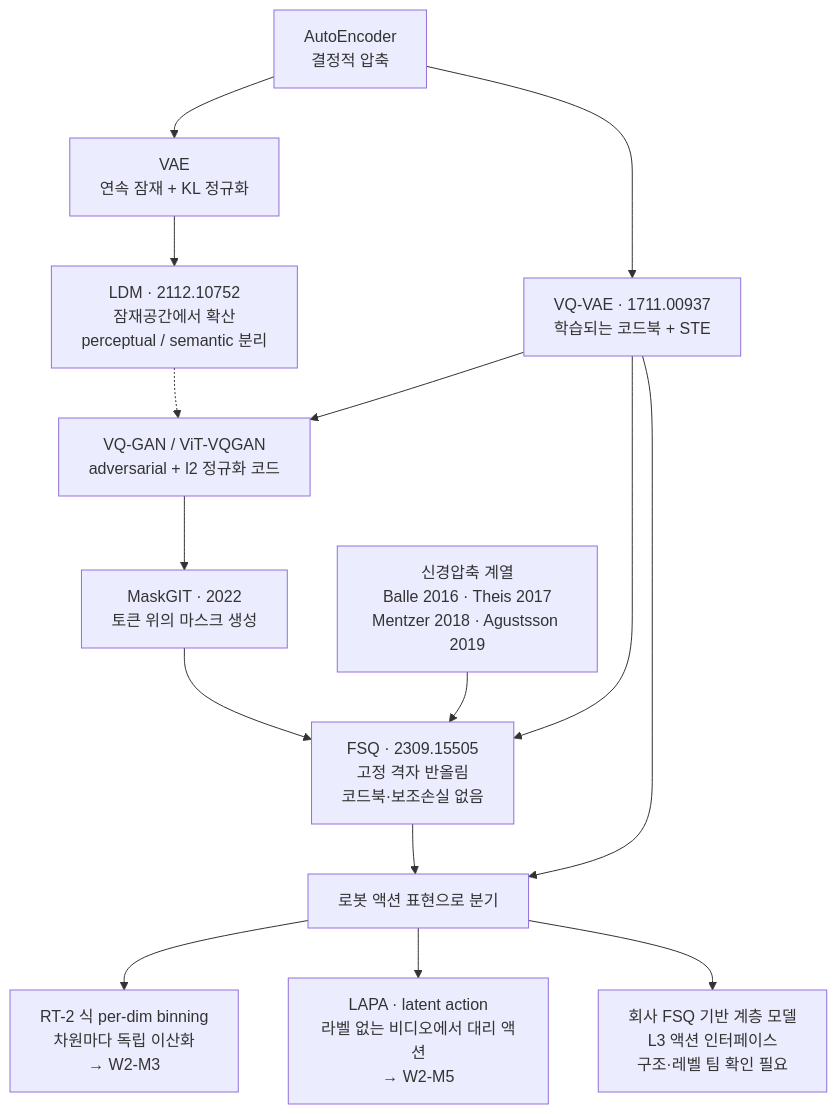
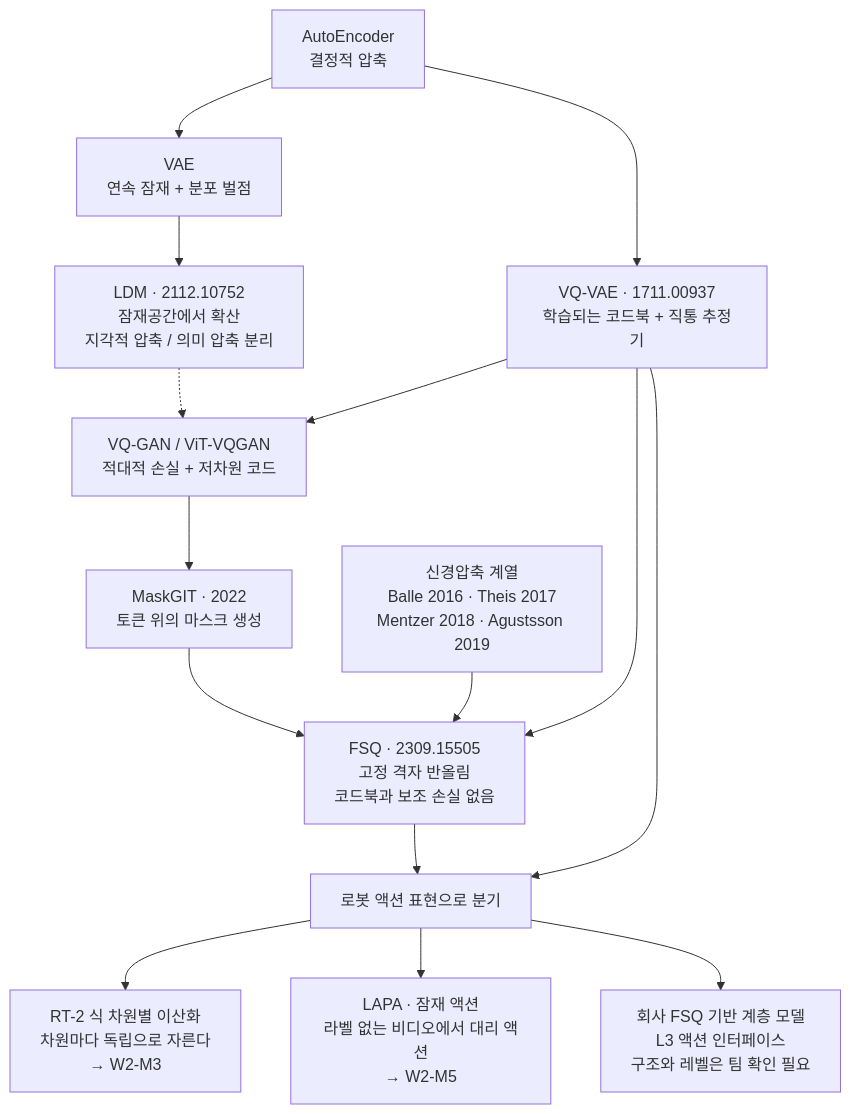
One commit to sguys99/physical-ai-study changed the second of 5 diagrams in course/w1-generative-core/05-latent-discrete-fsq/lesson.md. Above: the diagram before and after it, drawn with Mermaid. The commit also changed other lines of this file and 12 other files, not shown here.

````diff
--- a/course/w1-generative-core/05-latent-discrete-fsq/lesson.md
+++ b/course/w1-generative-core/05-latent-discrete-fsq/lesson.md
@@ -133,18 +166,18 @@
 ```mermaid
 flowchart TB
-    AE["AutoEncoder<br/>결정적 압축"] --> VAE["VAE<br/>연속 잠재 + KL 정규화"]
-    VAE --> LDM["LDM · 2112.10752<br/>잠재공간에서 확산<br/>perceptual / semantic 분리"]
-    AE --> VQVAE["VQ-VAE · 1711.00937<br/>학습되는 코드북 + STE"]
-    VQVAE --> VQGAN["VQ-GAN / ViT-VQGAN<br/>adversarial + l2 정규화 코드"]
+    AE["AutoEncoder<br/>결정적 압축"] --> VAE["VAE<br/>연속 잠재 + 분포 벌점"]
+    VAE --> LDM["LDM · 2112.10752<br/>잠재공간에서 확산<br/>지각적 압축 / 의미 압축 분리"]
+    AE --> VQVAE["VQ-VAE · 1711.00937<br/>학습되는 코드북 + 직통 추정기"]
+    VQVAE --> VQGAN["VQ-GAN / ViT-VQGAN<br/>적대적 손실 + 저차원 코드"]
     VQGAN --> MASKGIT["MaskGIT · 2022<br/>토큰 위의 마스크 생성"]
-    VQVAE --> FSQ["FSQ · 2309.15505<br/>고정 격자 반올림<br/>코드북·보조손실 없음"]
+    VQVAE --> FSQ["FSQ · 2309.15505<br/>고정 격자 반올림<br/>코드북과 보조 손실 없음"]
     NC["신경압축 계열<br/>Balle 2016 · Theis 2017<br/>Mentzer 2018 · Agustsson 2019"] --> FSQ
     LDM -.-> VQGAN
     MASKGIT --> FSQ
 
     FSQ --> ROBO["로봇 액션 표현으로 분기"]
     VQVAE --> ROBO
-    ROBO --> RT2["RT-2 식 per-dim binning<br/>차원마다 독립 이산화<br/>→ W2-M3"]
-    ROBO --> LAPA["LAPA · latent action<br/>라벨 없는 비디오에서 대리 액션<br/>→ W2-M5"]
-    ROBO --> OURS["회사 FSQ 기반 계층 모델<br/>L3 액션 인터페이스<br/>구조·레벨 팀 확인 필요"]
+    ROBO --> RT2["RT-2 식 차원별 이산화<br/>차원마다 독립으로 자른다<br/>→ W2-M3"]
+    ROBO --> LAPA["LAPA · 잠재 액션<br/>라벨 없는 비디오에서 대리 액션<br/>→ W2-M5"]
+    ROBO --> OURS["회사 FSQ 기반 계층 모델<br/>L3 액션 인터페이스<br/>구조와 레벨은 팀 확인 필요"]
 ```
````
